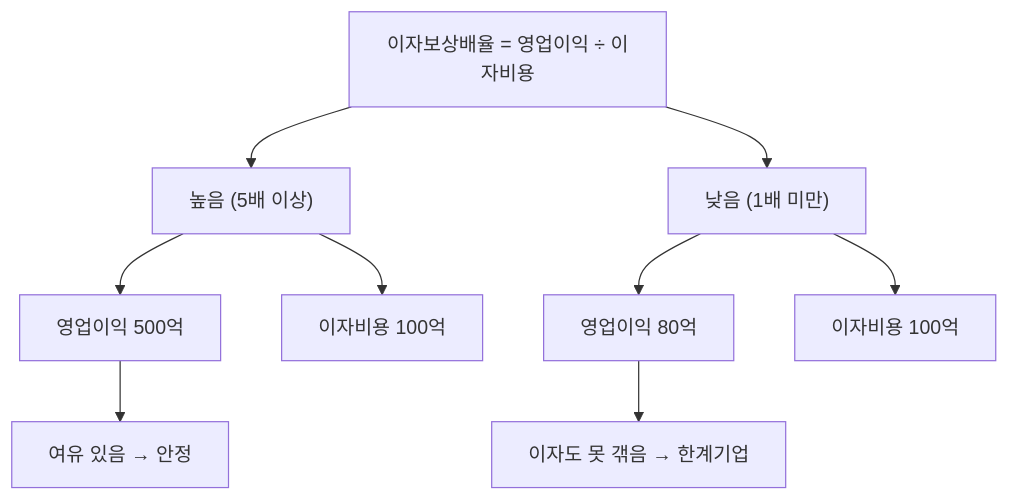
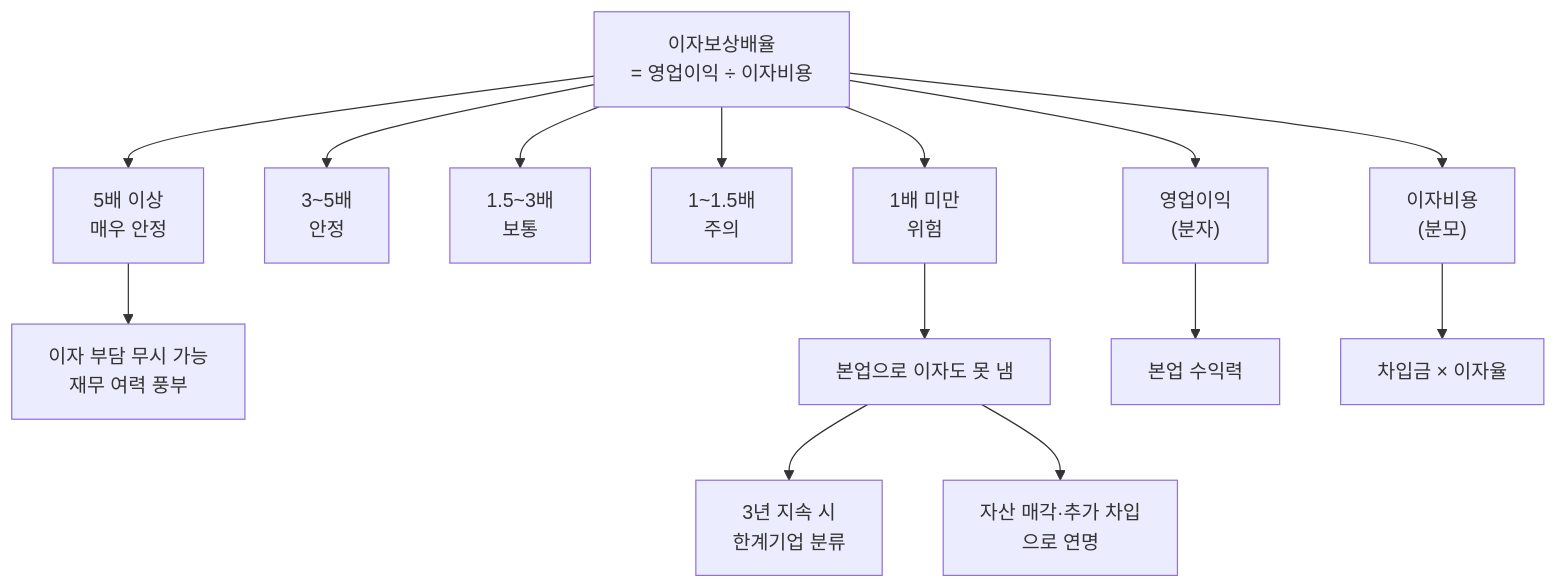
One commit to yeongseon/stock-visual-note changed the diagram in content/stock-terms/ko/level-04-ratios/interest-coverage.md. Above: the diagram before and after it, drawn with Mermaid. The commit also changed other lines of this file, not shown here.

Commit message:
content: rewrite interest-coverage.md — 가상 기업 시나리오, 업종별 비교표, 10+ 노드 Mermaid 다이어그램 추가

````diff
--- a/content/stock-terms/ko/level-04-ratios/interest-coverage.md
+++ b/content/stock-terms/ko/level-04-ratios/interest-coverage.md
@@ -39,12 +51,20 @@
 ```mermaid
 graph TD
-    A["이자보상배율 = 영업이익 ÷ 이자비용"]
-    A --> B["높음 (5배 이상)"]
-    A --> C["낮음 (1배 미만)"]
-    B --> D["영업이익 500억"]
-    B --> E["이자비용 100억"]
-    D --> F["여유 있음 → 안정"]
-    C --> G["영업이익 80억"]
-    C --> H["이자비용 100억"]
-    G --> I["이자도 못 갞음 → 한계기업"]
+    A["이자보상배율<br>= 영업이익 ÷ 이자비용"]
+
+    A --> B["5배 이상<br>매우 안정"]
+    A --> C["3~5배<br>안정"]
+    A --> D["1.5~3배<br>보통"]
+    A --> E["1~1.5배<br>주의"]
+    A --> F["1배 미만<br>위험"]
+
+    B --> G["이자 부담 무시 가능<br>재무 여력 풍부"]
+    F --> H["본업으로 이자도 못 냄"]
+    H --> I["3년 지속 시<br>한계기업 분류"]
+    H --> J["자산 매각·추가 차입<br>으로 연명"]
+
+    A --> K["영업이익<br>(분자)"]
+    A --> L["이자비용<br>(분모)"]
+    K --> M["본업 수익력"]
+    L --> N["차입금 × 이자율"]
 ```
````
